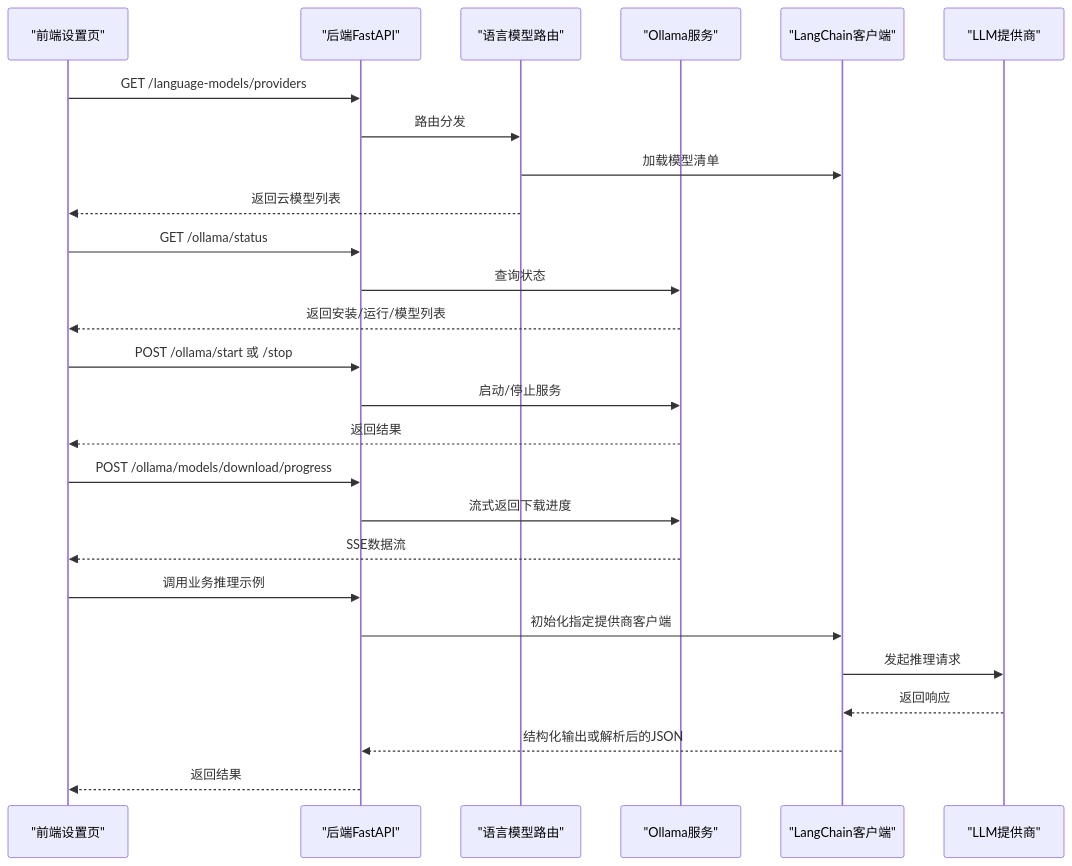
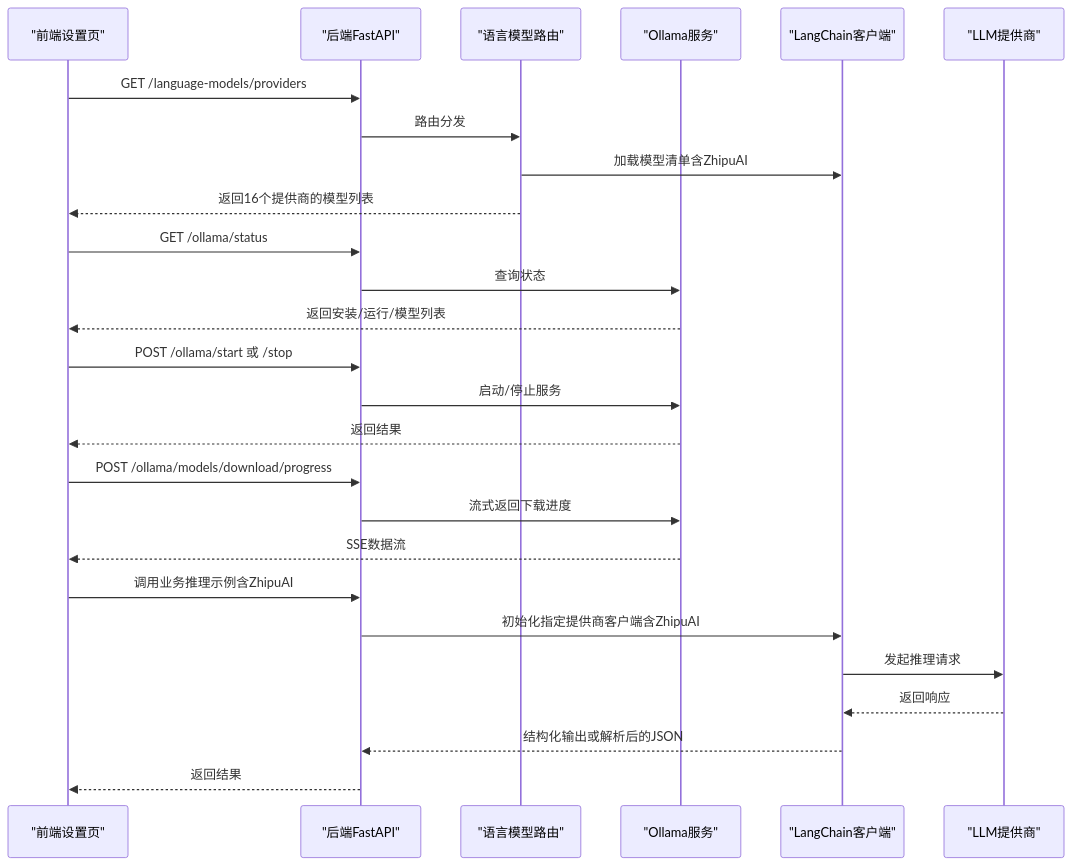
The second of 8 diagrams in .qoder/repowiki/zh/content/AI_ML集成/LLM服务集成.md (lichen14-hash/ai-hedge-fund), drawn with Mermaid before and after one commit. The commit also changed other lines of this file and 11 other files, not shown here.

````diff
--- a/.qoder/repowiki/zh/content/AI_ML集成/LLM服务集成.md
+++ b/.qoder/repowiki/zh/content/AI_ML集成/LLM服务集成.md
@@ -104,28 +114,28 @@
 ```mermaid
 sequenceDiagram
 participant FE as "前端设置页"
 participant API as "后端FastAPI"
 participant LM as "语言模型路由"
 participant OS as "Ollama服务"
 participant LC as "LangChain客户端"
 participant LLM as "LLM提供商"
 FE->>API : GET /language-models/providers
 API->>LM : 路由分发
-LM->>LC : 加载模型清单
-LM-->>FE : 返回云模型列表
+LM->>LC : 加载模型清单含ZhipuAI
+LM-->>FE : 返回16个提供商的模型列表
 FE->>API : GET /ollama/status
 API->>OS : 查询状态
 OS-->>FE : 返回安装/运行/模型列表
 FE->>API : POST /ollama/start 或 /stop
 API->>OS : 启动/停止服务
 OS-->>FE : 返回结果
 FE->>API : POST /ollama/models/download/progress
 API->>OS : 流式返回下载进度
 OS-->>FE : SSE数据流
-FE->>API : 调用业务推理示例
-API->>LC : 初始化指定提供商客户端
+FE->>API : 调用业务推理示例含ZhipuAI
+API->>LC : 初始化指定提供商客户端含ZhipuAI
 LC->>LLM : 发起推理请求
 LLM-->>LC : 返回响应
 LC-->>API : 结构化输出或解析后的JSON
 API-->>FE : 返回结果
 ```
````
